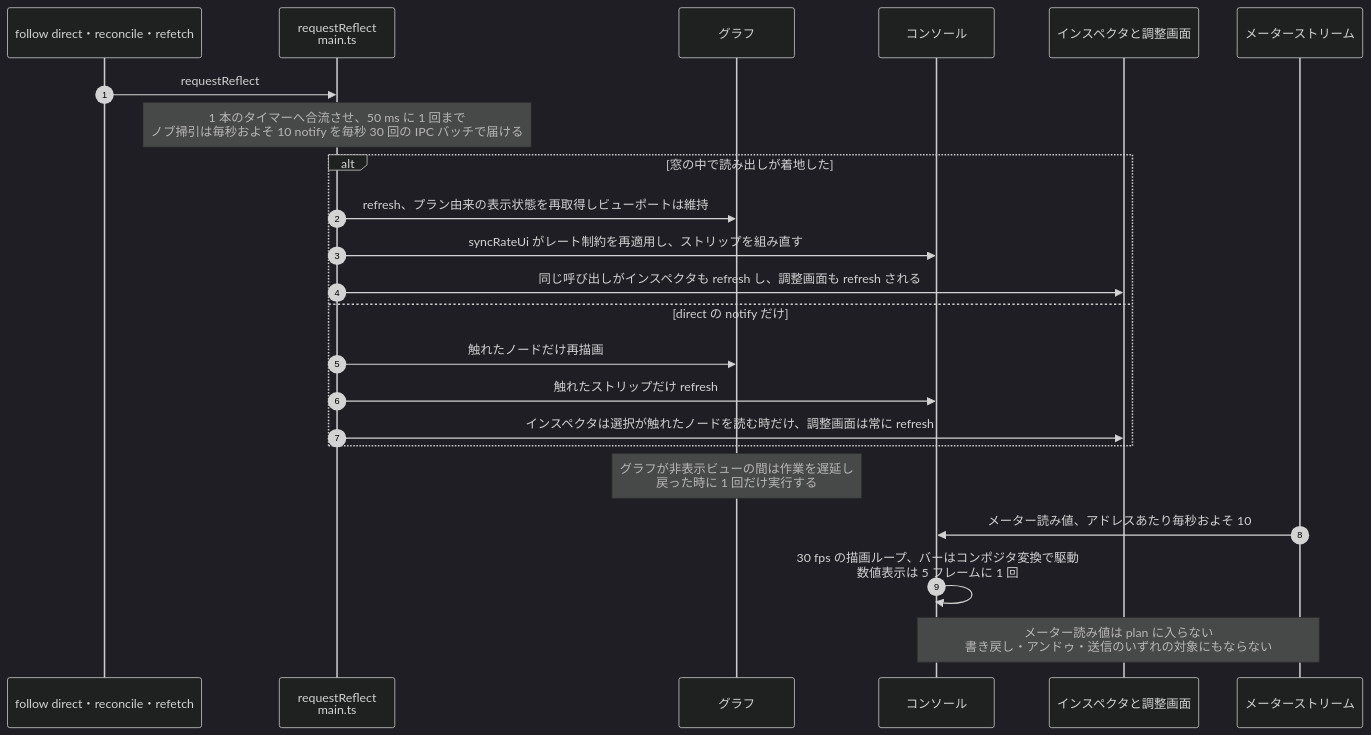
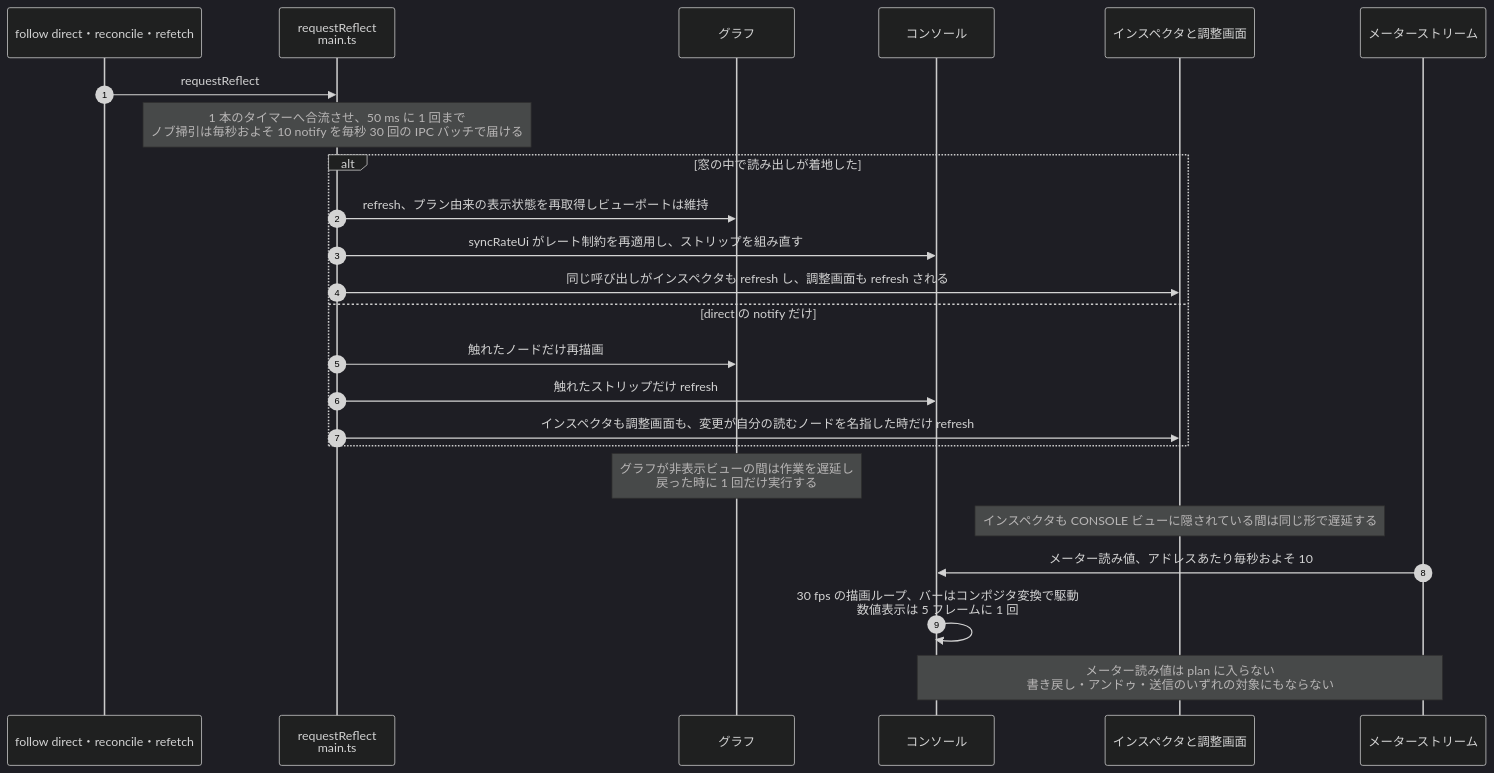
One commit to semnil/urx-router changed the fifth of 5 diagrams in docs/ja/architecture.md. Above: the diagram before and after it, drawn with Mermaid (dark theme). The commit also changed 1 other file, not shown here.

Commit message:
docs(architecture): the reflect's own diagram said the tuning screen always refreshes
The "display update" sequence diagram stated the rule the two commits before this one
changed — that a direct notify refreshes the inspector by selection and the tuning
screen unconditionally — and its deferral note named only the graph. Both are now the
same rule: each surface refreshes when the change names a node it reads, and each
defers while its own view is hidden.

Both languages, same section, since they are one document in two files.

````diff
--- a/docs/ja/architecture.md
+++ b/docs/ja/architecture.md
@@ -1698,26 +1698,27 @@
 ```mermaid
 sequenceDiagram
   autonumber
   participant S as follow direct・reconcile・refetch
   participant R as requestReflect<br/>main.ts
   participant G as グラフ
   participant C as コンソール
   participant I as インスペクタと調整画面
   participant M as メーターストリーム
 
   S->>R: requestReflect
   Note over R: 1 本のタイマーへ合流させ、50 ms に 1 回まで<br/>ノブ掃引は毎秒およそ 10 notify を毎秒 30 回の IPC バッチで届ける
   alt 窓の中で読み出しが着地した
     R->>G: refresh、プラン由来の表示状態を再取得しビューポートは維持
     R->>C: syncRateUi がレート制約を再適用し、ストリップを組み直す
     R->>I: 同じ呼び出しがインスペクタも refresh し、調整画面も refresh される
   else direct の notify だけ
     R->>G: 触れたノードだけ再描画
     R->>C: 触れたストリップだけ refresh
-    R->>I: インスペクタは選択が触れたノードを読む時だけ、調整画面は常に refresh
+    R->>I: インスペクタも調整画面も、変更が自分の読むノードを名指した時だけ refresh
   end
   Note over G: グラフが非表示ビューの間は作業を遅延し<br/>戻った時に 1 回だけ実行する
+  Note over I: インスペクタも CONSOLE ビューに隠されている間は同じ形で遅延する
   M->>C: メーター読み値、アドレスあたり毎秒およそ 10
   C->>C: 30 fps の描画ループ、バーはコンポジタ変換で駆動<br/>数値表示は 5 フレームに 1 回
   Note over M,C: メーター読み値は plan に入らない<br/>書き戻し・アンドゥ・送信のいずれの対象にもならない
 ```
````
